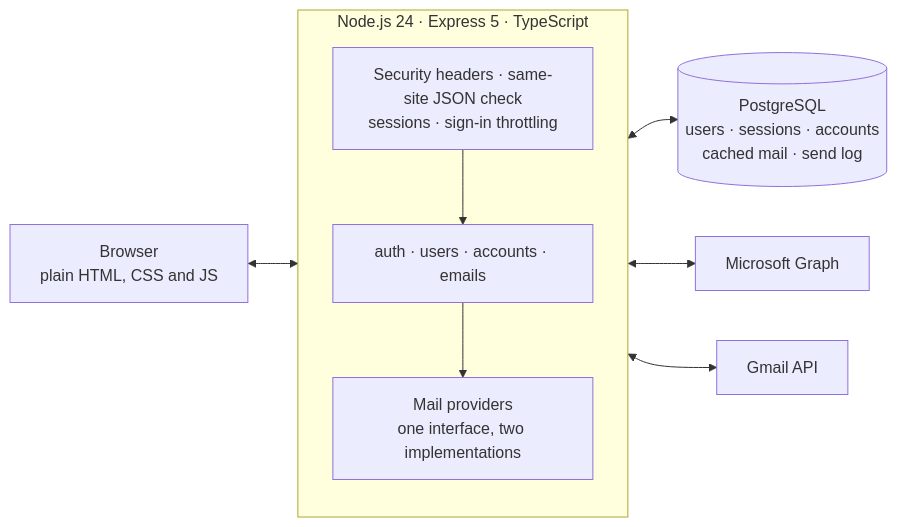
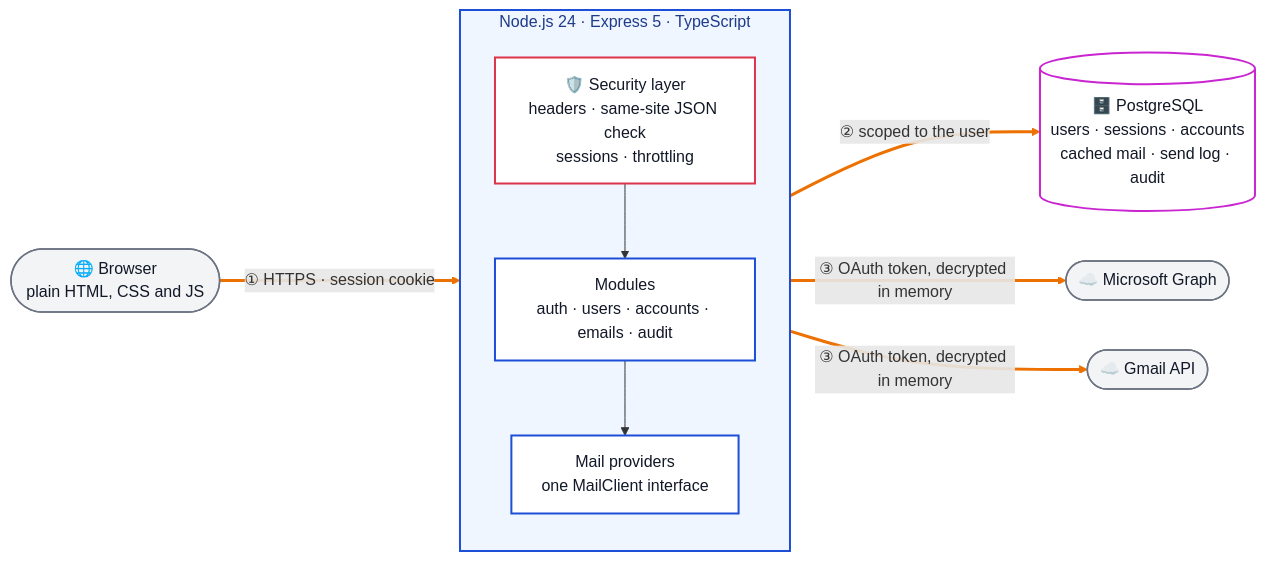
Before and after one commit to marko-spasovski/secure-mailbridge-app: the second of 2 diagrams in README.md, drawn with Mermaid. The commit also changed other lines of this file, not shown here.

````diff
--- a/README.md
+++ b/README.md
@@ -67,21 +92,36 @@
 ```mermaid
+%%{init: {"flowchart": {"subGraphTitleMargin": {"top": 0, "bottom": 10}}}}%%
 flowchart LR
-    Browser["Browser<br>plain HTML, CSS and JS"]
+    browser(["🌐 Browser<br/>plain HTML, CSS and JS"])
 
-    subgraph Server["Node.js 24 · Express 5 · TypeScript"]
+    subgraph server["Node.js 24 · Express 5 · TypeScript"]
         direction TB
-        Guard["Security headers · same-site JSON check<br>sessions · sign-in throttling"]
-        Modules["auth · users · accounts · emails"]
-        Providers["Mail providers<br>one interface, two implementations"]
-        Guard --> Modules --> Providers
+        guard["🛡️ Security layer<br/>headers · same-site JSON check<br/>sessions · throttling"]
+        modules["Modules<br/>auth · users · accounts · emails · audit"]
+        providers["Mail providers<br/>one MailClient interface"]
+        guard --> modules --> providers
     end
 
-    DB[("PostgreSQL<br>users · sessions · accounts<br>cached mail · send log")]
-    Graph["Microsoft Graph"]
-    Gmail["Gmail API"]
+    db[("🗄️ PostgreSQL<br/>users · sessions · accounts<br/>cached mail · send log · audit")]
+    msgraph(["☁️ Microsoft Graph"])
+    gmail(["☁️ Gmail API"])
 
-    Browser <--> Guard
-    Modules <--> DB
-    Providers <--> Graph
-    Providers <--> Gmail
+    %% Request path (edges 2-5)
+    browser ==>|"① HTTPS · session cookie"| guard
+    modules ==>|"② scoped to the user"| db
+    providers ==>|"③ OAuth token, decrypted in memory"| msgraph
+    providers ==>|"③ OAuth token, decrypted in memory"| gmail
+
+    classDef app fill:#ffffff,stroke:#1d4ed8,stroke-width:2px,color:#111827
+    classDef sec fill:#ffffff,stroke:#DD344C,stroke-width:2px,color:#111827
+    classDef data fill:#ffffff,stroke:#C925D1,stroke-width:2px,color:#111827
+    classDef ext fill:#F3F4F6,stroke:#6B7280,stroke-width:1.5px,color:#111827
+    class modules,providers app
+    class guard sec
+    class db data
+    class browser,msgraph,gmail ext
+
+    style server fill:#EFF6FF,stroke:#1d4ed8,stroke-width:2px,color:#1e3a8a
+
+    linkStyle 2,3,4,5 stroke:#ED7100,stroke-width:3px
 ```
````
